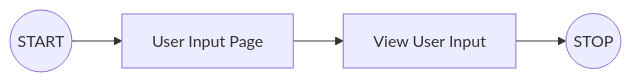
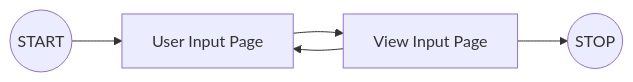
One commit to TRAXXPayments/full-stack-code-challenge changed the first of 2 diagrams in README.md. Above: the diagram before and after it, drawn with Mermaid. The commit also changed other lines of this file, not shown here.

````diff
--- a/README.md
+++ b/README.md
@@ -14,4 +13,5 @@
 ```mermaid
 graph LR
-A((START)) --> B[User Input Page] --> C[View User Input] --> E((STOP))
+A((START)) --> B[User Input Page] --> C[View Input Page] --> E((STOP))
+C --> B
 ```
````
